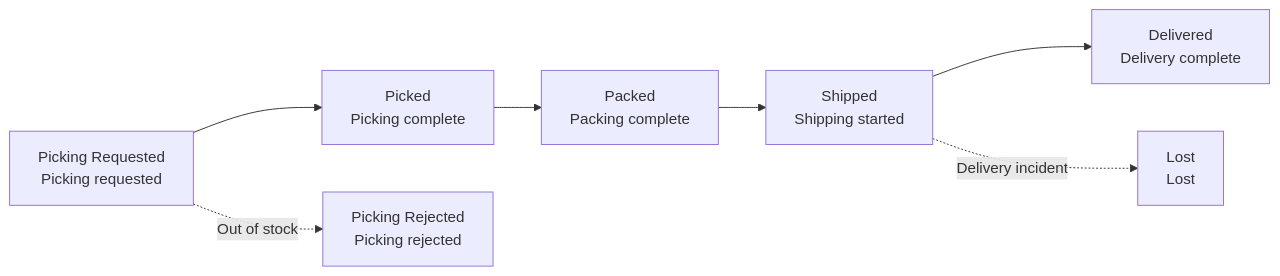
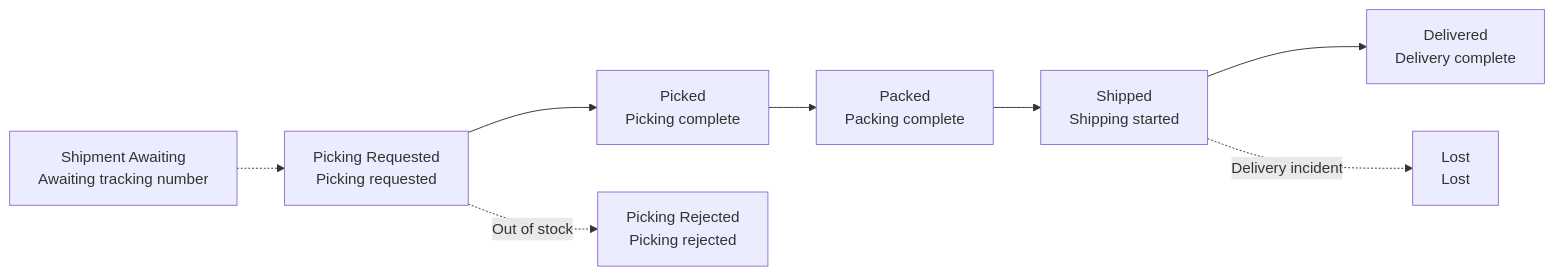
Before and after one commit to gmldudrkd/oms_manual: the diagram in i18n/en/docusaurus-plugin-content-docs/current/order/shipment.md, drawn with Mermaid. The commit also changed other lines of this file and 17 other files, not shown here.

````diff
--- a/i18n/en/docusaurus-plugin-content-docs/current/order/shipment.md
+++ b/i18n/en/docusaurus-plugin-content-docs/current/order/shipment.md
@@ -13,9 +13,10 @@
 ```mermaid
 graph LR
+    S[Shipment Awaiting<br/>Awaiting tracking number] -.-> A
     A[Picking Requested<br/>Picking requested] --> B[Picked<br/>Picking complete]
     B --> C[Packed<br/>Packing complete]
     C --> D[Shipped<br/>Shipping started]
     D --> E[Delivered<br/>Delivery complete]
     A -.->|Out of stock| F[Picking Rejected<br/>Picking rejected]
     D -.->|Delivery incident| G[Lost<br/>Lost]
 ```
````
